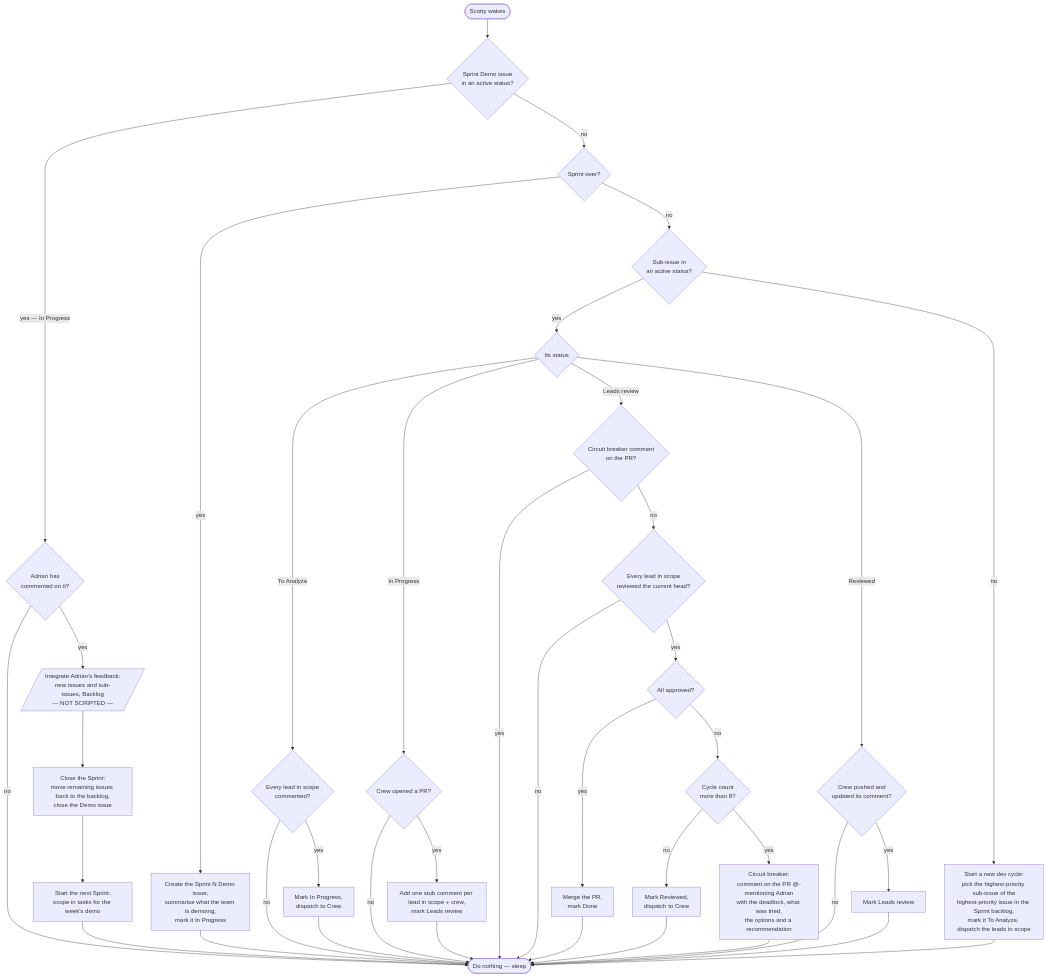
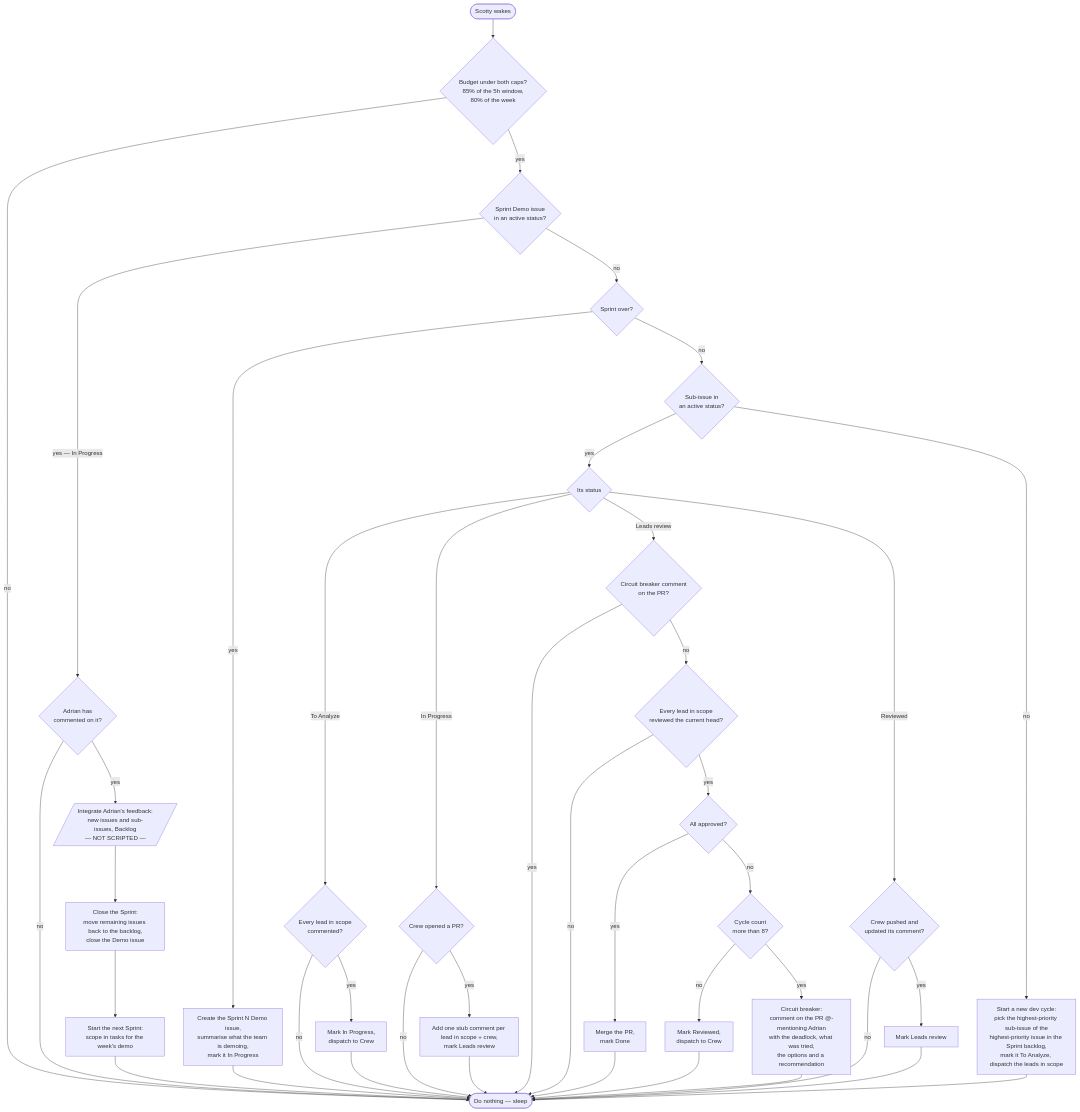
Before and after one commit to Abaudat/browser-city: the diagram in agentic-team/high-level-agentic-flow.mmd, drawn with Mermaid. The commit also changed 9 other files, not shown here.

First line of the commit message:
The budget gate, as the first branch of the wake (#30)

```diff
--- a/agentic-team/high-level-agentic-flow.mmd
+++ b/agentic-team/high-level-agentic-flow.mmd
@@ -1,48 +1,50 @@
 flowchart TD
     wake(["Scotty wakes"])
     sleep(["Do nothing — sleep"])
 
-    wake --> demo-active{"Sprint Demo issue<br/>in an active status?"}
+    wake --> budget-available{"Budget under both caps?<br/>85% of the 5h window,<br/>80% of the week"}
+    budget-available -->|no| sleep
+    budget-available -->|yes| demo-active{"Sprint Demo issue<br/>in an active status?"}
 
     %% ---------- Sprint Demo ----------
     demo-active -->|"yes — In Progress"| demo-has-feedback{"Adrian has<br/>commented on it?"}
     demo-has-feedback -->|no| sleep
     demo-has-feedback -->|yes| integrating-feedback[/"Integrate Adrian's feedback:<br/>new issues and sub-issues, Backlog<br/>— NOT SCRIPTED —"/]
     integrating-feedback --> closing-sprint["Close the Sprint:<br/>move remaining issues back to the backlog,<br/>close the Demo issue"]
     closing-sprint --> starting-next-sprint["Start the next Sprint:<br/>scope in tasks for the week's demo"]
     starting-next-sprint --> sleep
 
     %% ---------- Demo due ----------
     demo-active -->|no| sprint-over{"Sprint over?"}
     sprint-over -->|yes| creating-demo-issue["Create the Sprint N Demo issue,<br/>summarise what the team is demoing,<br/>mark it In Progress"]
     creating-demo-issue --> sleep
 
     %% ---------- Sub-issue ----------
     sprint-over -->|no| subissue-active{"Sub-issue in<br/>an active status?"}
     subissue-active -->|yes| subissue-status{"Its status"}
 
     subissue-status -->|"To Analyze"| leads-analysed{"Every lead in scope<br/>commented?"}
     leads-analysed -->|no| sleep
     leads-analysed -->|yes| dispatching-implementation["Mark In Progress,<br/>dispatch to Crew"] --> sleep
 
     subissue-status -->|"In Progress"| pr-opened{"Crew opened a PR?"}
     pr-opened -->|no| sleep
     pr-opened -->|yes| opening-leads-review["Add one stub comment per lead in scope + crew,<br/>mark Leads review"] --> sleep
 
     subissue-status -->|"Leads review"| breaker-tripped{"Circuit breaker comment<br/>on the PR?"}
     breaker-tripped -->|yes| sleep
     breaker-tripped -->|no| leads-reviewed-head{"Every lead in scope<br/>reviewed the current head?"}
     leads-reviewed-head -->|no| sleep
     leads-reviewed-head -->|yes| leads-all-approved{"All approved?"}
     leads-all-approved -->|yes| merging-pr["Merge the PR,<br/>mark Done"] --> sleep
     leads-all-approved -->|no| cycles-exhausted{"Cycle count<br/>more than 8?"}
     cycles-exhausted -->|no| dispatching-rework["Mark Reviewed,<br/>dispatch to Crew"] --> sleep
     cycles-exhausted -->|yes| tripping-breaker["Circuit breaker:<br/>comment on the PR @-mentioning Adrian<br/>with the deadlock, what was tried,<br/>the options and a recommendation"] --> sleep
 
     subissue-status -->|"Reviewed"| crew-addressed{"Crew pushed and<br/>updated its comment?"}
     crew-addressed -->|no| sleep
     crew-addressed -->|yes| reopening-leads-review["Mark Leads review"] --> sleep
 
     %% ---------- New dev cycle ----------
     subissue-active -->|no| starting-dev-cycle["Start a new dev cycle:<br/>pick the highest-priority sub-issue of the<br/>highest-priority issue in the Sprint backlog,<br/>mark it To Analyze, dispatch the leads in scope"]
     starting-dev-cycle --> sleep
```
